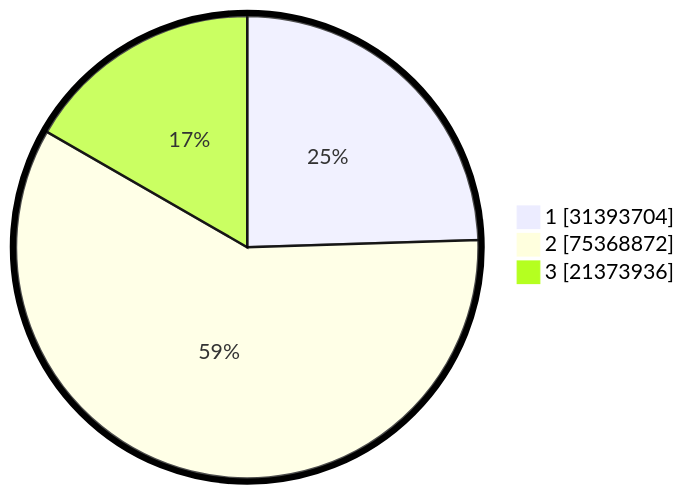
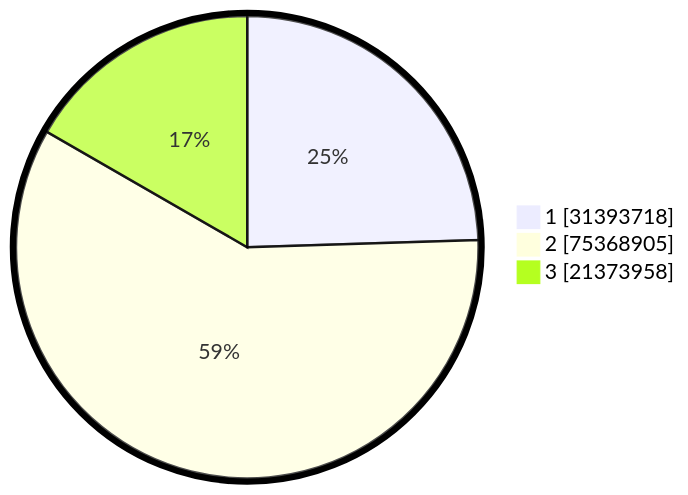
One commit to gigit-pemilu/pemilu-2024 changed the second of 2 diagrams in pilpres/hitung-suara/README.md. Above: the diagram before and after it, drawn with Mermaid. The commit also changed other lines of this file and 7 other files, not shown here.

````diff
--- a/pilpres/hitung-suara/README.md
+++ b/pilpres/hitung-suara/README.md
@@ -93,7 +93,7 @@
 ```mermaid
 %%{init: {"pie": {"textPosition": 0.5}, "themeVariables": {"pieOuterStrokeWidth": "5px"}} }%%
 pie showData
-    "1" : 31393704
-    "2" : 75368872
-    "3" : 21373936
+    "1" : 31393718
+    "2" : 75368905
+    "3" : 21373958
 ```
````
